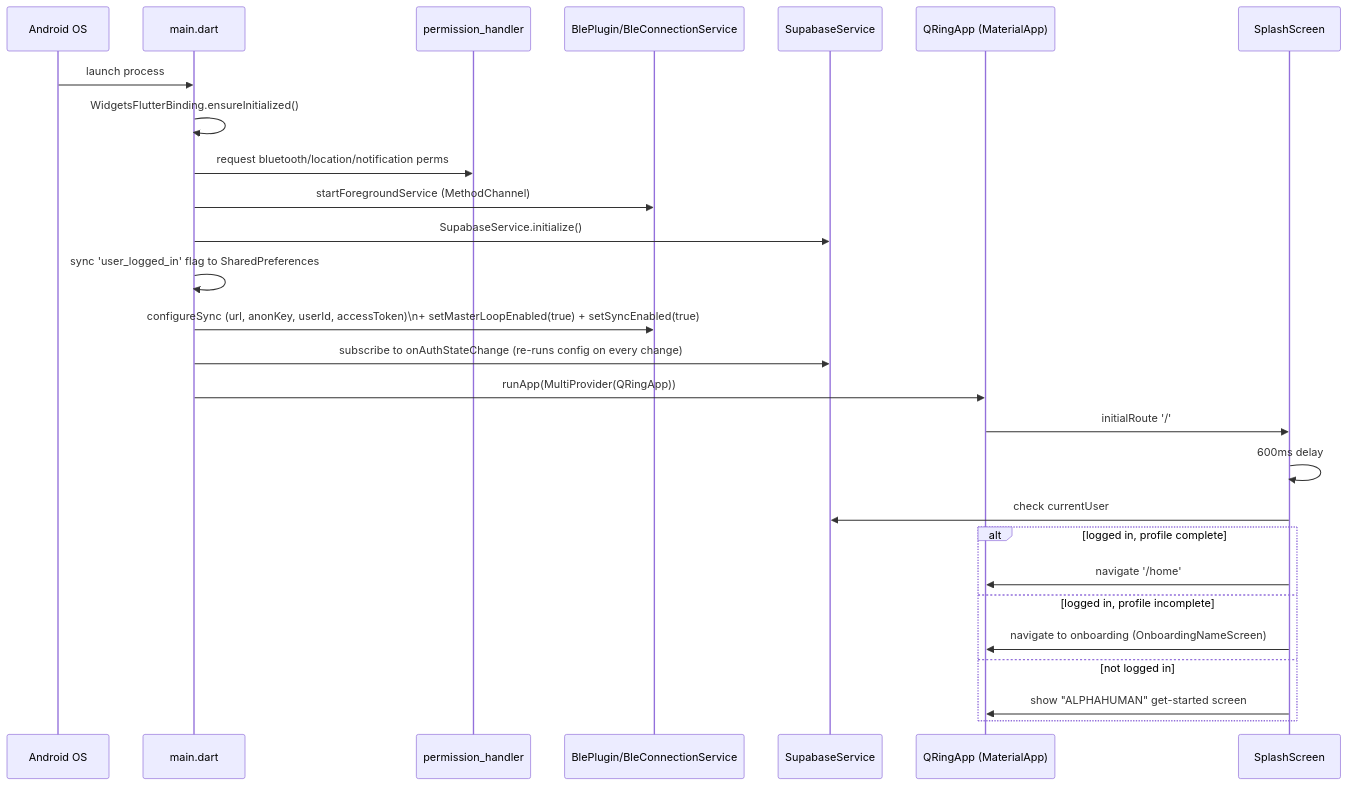
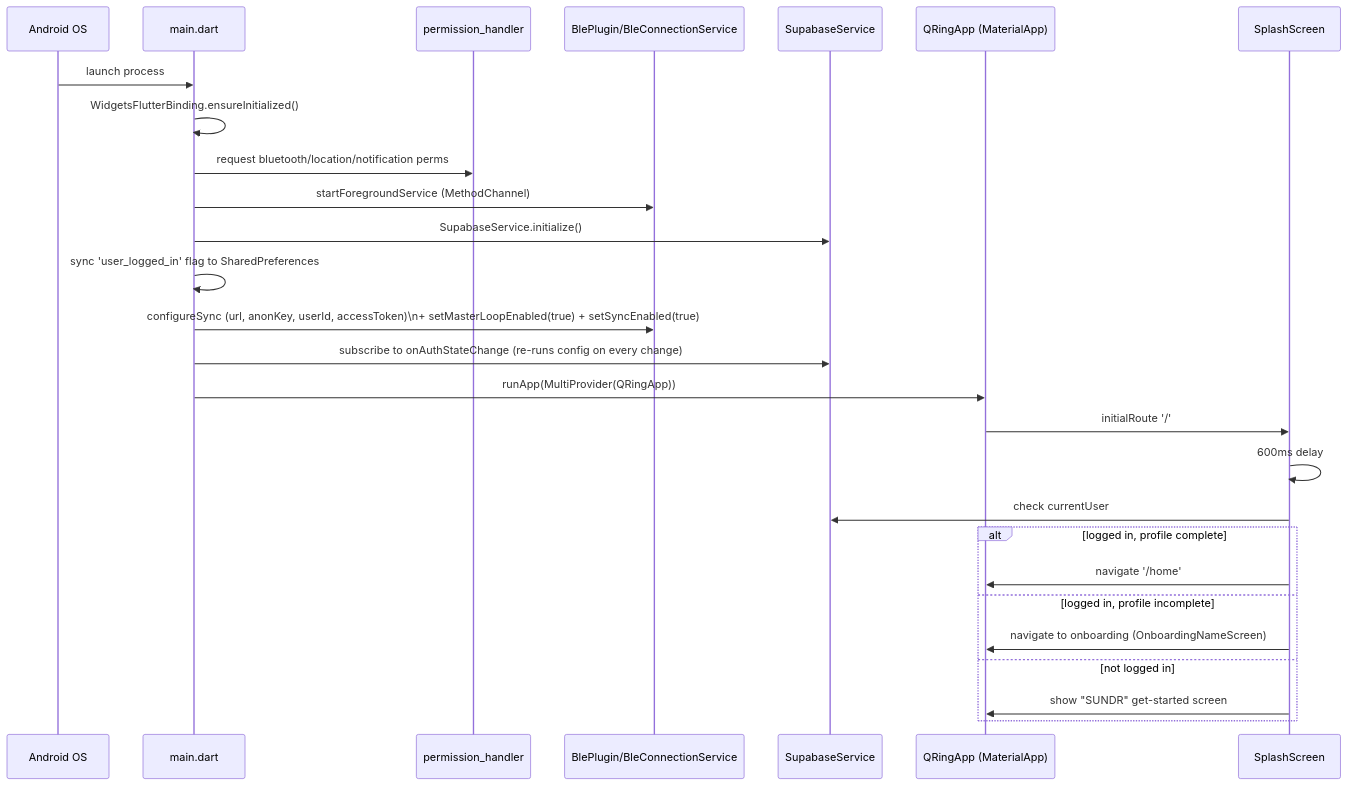
One commit to sivakumar1306/finalyear_project changed the fifth of 8 diagrams in KNOWLEDGE_TRANSFER.md. Above: the diagram before and after it, drawn with Mermaid. The commit also changed other lines of this file and 16 other files, not shown here.

````diff
--- a/KNOWLEDGE_TRANSFER.md
+++ b/KNOWLEDGE_TRANSFER.md
@@ -349,30 +349,30 @@
 ```mermaid
 sequenceDiagram
     participant OS as Android OS
     participant Main as main.dart
     participant Perm as permission_handler
     participant Native as BlePlugin/BleConnectionService
     participant Supa as SupabaseService
     participant App as QRingApp (MaterialApp)
     participant Splash as SplashScreen
 
     OS->>Main: launch process
     Main->>Main: WidgetsFlutterBinding.ensureInitialized()
     Main->>Perm: request bluetooth/location/notification perms
     Main->>Native: startForegroundService (MethodChannel)
     Main->>Supa: SupabaseService.initialize()
     Main->>Main: sync 'user_logged_in' flag to SharedPreferences
     Main->>Native: configureSync (url, anonKey, userId, accessToken)\n+ setMasterLoopEnabled(true) + setSyncEnabled(true)
     Main->>Supa: subscribe to onAuthStateChange (re-runs config on every change)
     Main->>App: runApp(MultiProvider(QRingApp))
     App->>Splash: initialRoute '/'
     Splash->>Splash: 600ms delay
     Splash->>Supa: check currentUser
     alt logged in, profile complete
         Splash->>App: navigate '/home'
     else logged in, profile incomplete
         Splash->>App: navigate to onboarding (OnboardingNameScreen)
     else not logged in
-        Splash->>App: show "ALPHAHUMAN" get-started screen
+        Splash->>App: show "SUNDR" get-started screen
     end
 ```
````
